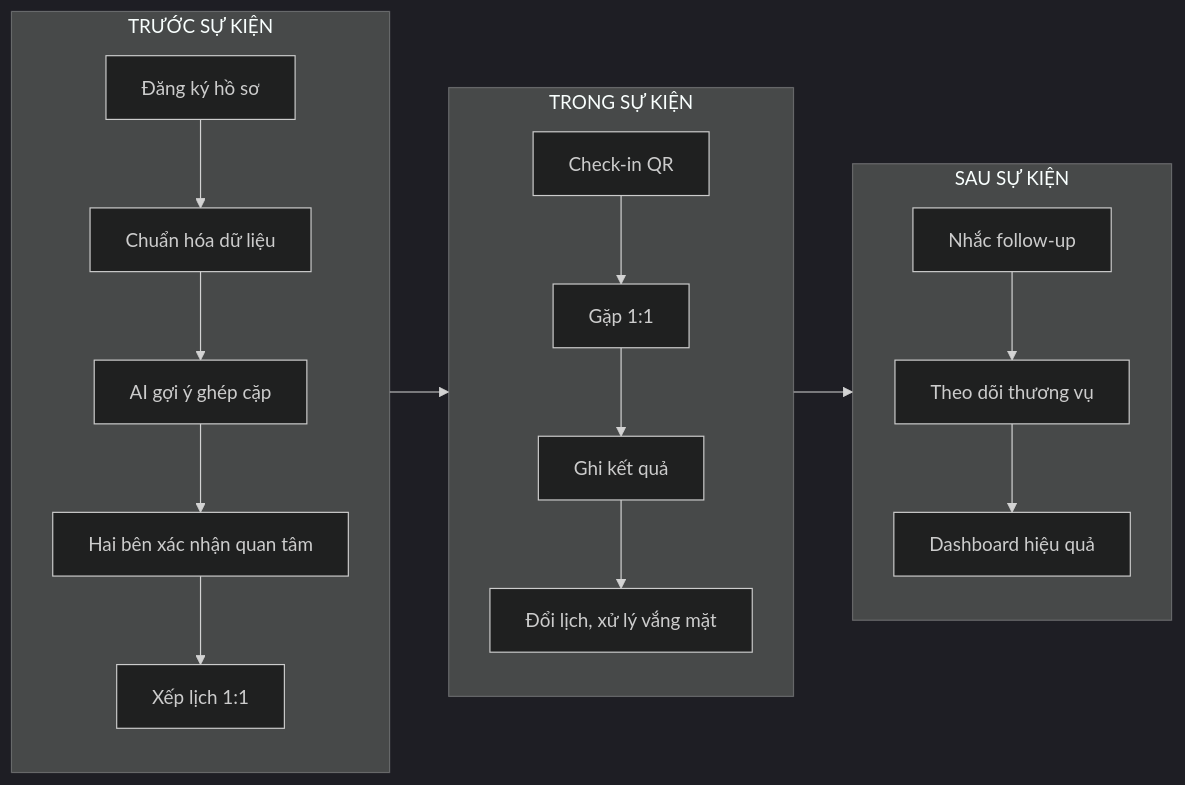
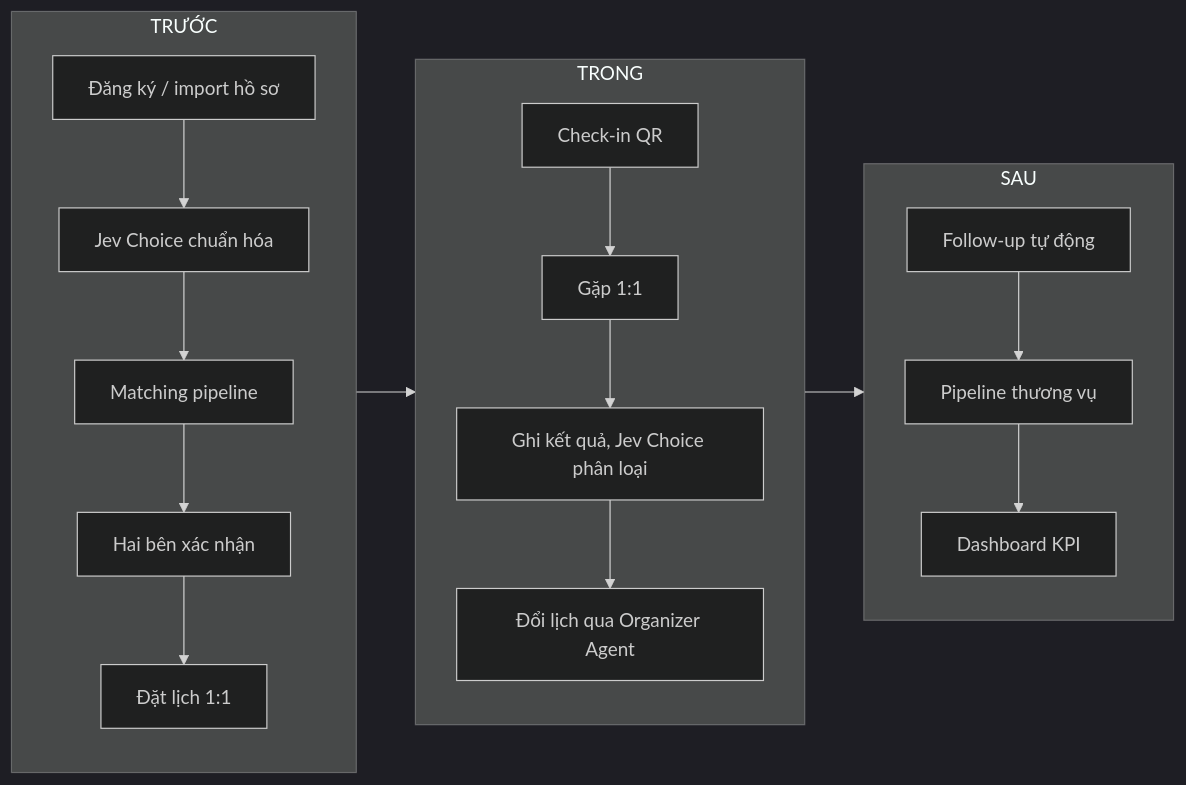
Before and after one commit to Trung1234/davas-matching: the third of 10 diagrams in README.md, drawn with Mermaid (dark theme). The commit also changed other lines of this file, not shown here.

````diff
--- a/README.md
+++ b/README.md
@@ -99,19 +344,19 @@
 ```mermaid
 flowchart LR
-    subgraph T["TRƯỚC SỰ KIỆN"]
-        A1["Đăng ký hồ sơ"] --> A2["Chuẩn hóa dữ liệu"]
-        A2 --> A3["AI gợi ý ghép cặp"]
-        A3 --> A4["Hai bên xác nhận quan tâm"]
-        A4 --> A5["Xếp lịch 1:1"]
+    subgraph T["TRƯỚC"]
+        A1["Đăng ký / import hồ sơ"] --> A2["Jev Choice chuẩn hóa"]
+        A2 --> A3["Matching pipeline"]
+        A3 --> A4["Hai bên xác nhận"]
+        A4 --> A5["Đặt lịch 1:1"]
     end
-    subgraph D["TRONG SỰ KIỆN"]
+    subgraph D["TRONG"]
         B1["Check-in QR"] --> B2["Gặp 1:1"]
-        B2 --> B3["Ghi kết quả"]
-        B3 --> B4["Đổi lịch, xử lý vắng mặt"]
+        B2 --> B3["Ghi kết quả, Jev Choice phân loại"]
+        B3 --> B4["Đổi lịch qua Organizer Agent"]
     end
-    subgraph S["SAU SỰ KIỆN"]
-        C1["Nhắc follow-up"] --> C2["Theo dõi thương vụ"]
-        C2 --> C3["Dashboard hiệu quả"]
+    subgraph S["SAU"]
+        C1["Follow-up tự động"] --> C2["Pipeline thương vụ"]
+        C2 --> C3["Dashboard KPI"]
     end
     T --> D --> S
 ```
````
